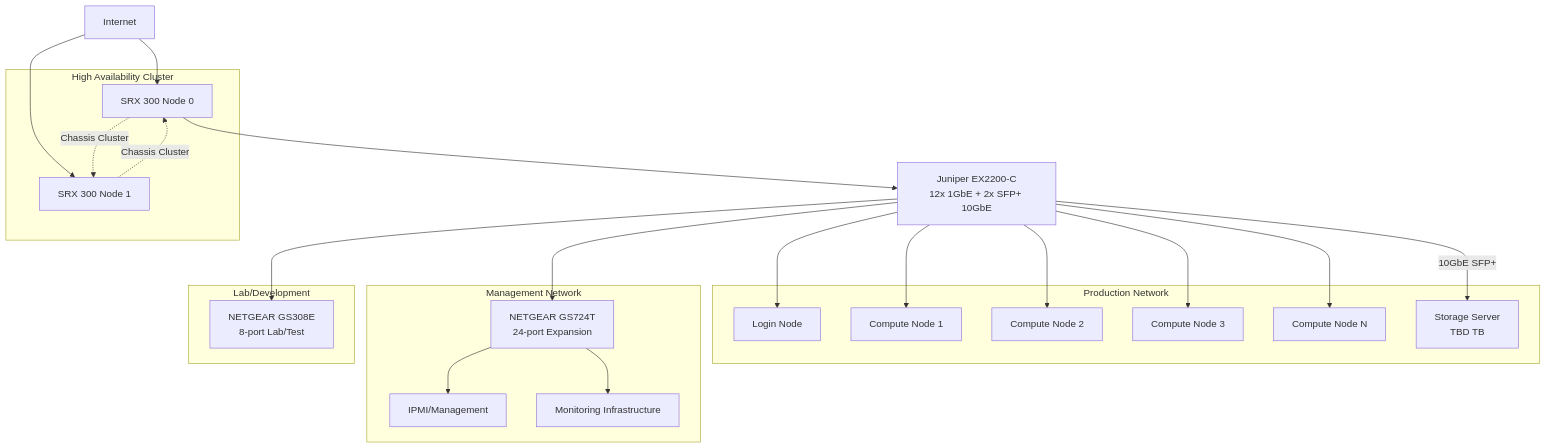
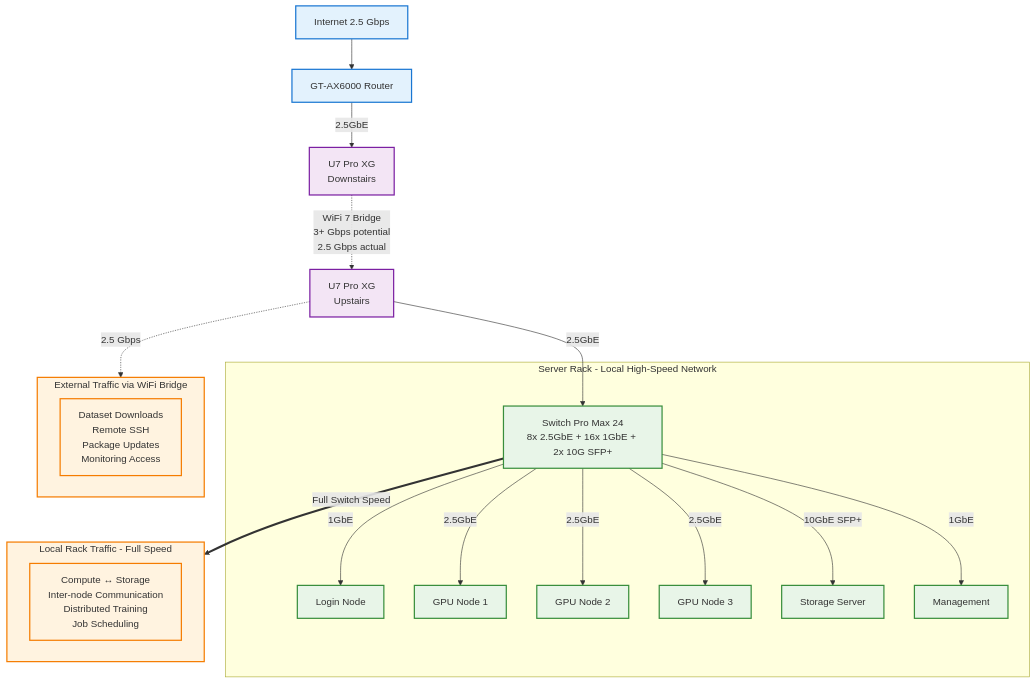
The diagram in README.md (name/takt), drawn with Mermaid before and after one commit. The commit also changed other lines of this file and 2 other files, not shown here.

Commit message:
Add unifi network overhaul

````diff
--- a/README.md
+++ b/README.md
@@ -35,47 +35,42 @@
 ```mermaid
 graph TD
-    Internet[Internet] --> SRX1[SRX 300 Node 0]
-    Internet --> SRX2[SRX 300 Node 1]
+    Internet[Internet 2.5 Gbps] --> Router[GT-AX6000 Router]
     
-    SRX1 -.->|Chassis Cluster| SRX2
-    SRX2 -.->|Chassis Cluster| SRX1
+    Router -->|2.5GbE| U7_Down[U7 Pro XG<br/>Downstairs]
     
-    SRX1 --> EX2200[Juniper EX2200-C<br/>12x 1GbE + 2x SFP+ 10GbE]
+    U7_Down -.->|WiFi 7 Bridge<br/>3+ Gbps potential<br/>2.5 Gbps actual| U7_Up[U7 Pro XG<br/>Upstairs]
     
-    EX2200 --> Login[Login Node]
-    EX2200 --> Compute1[Compute Node 1]
-    EX2200 --> Compute2[Compute Node 2]
-    EX2200 --> Compute3[Compute Node 3]
-    EX2200 --> ComputeN[Compute Node N]
-    EX2200 --> GS724T[NETGEAR GS724T<br/>24-port Expansion]
-    EX2200 --> GS308E[NETGEAR GS308E<br/>8-port Lab/Test]
+    U7_Up -->|2.5GbE| SwitchMax[Switch Pro Max 24<br/>8x 2.5GbE + 16x 1GbE + 2x 10G SFP+]
     
-    EX2200 -->|10GbE SFP+| Storage[Storage Server<br/>TBD TB]
-    
-    GS724T --> IPMI1[IPMI/Management]
-    GS724T --> Monitor[Monitoring Infrastructure]
-    
-    subgraph "Production Network"
-        Login
-        Compute1
-        Compute2
-        Compute3
-        ComputeN
-        Storage
+    subgraph Rack ["Server Rack - Local High-Speed Network"]
+        SwitchMax -->|1GbE| Login[Login Node]
+        SwitchMax -->|2.5GbE| Compute1[GPU Node 1]
+        SwitchMax -->|2.5GbE| Compute2[GPU Node 2]
+        SwitchMax -->|2.5GbE| Compute3[GPU Node 3]
+        SwitchMax -->|10GbE SFP+| Storage[Storage Server]
+        SwitchMax -->|1GbE| Management[Management]
     end
     
-    subgraph "Management Network"
-        IPMI1
-        Monitor
-        GS724T
+    subgraph External ["External Traffic via WiFi Bridge"]
+        ExtTraffic[Dataset Downloads<br/>Remote SSH<br/>Package Updates<br/>Monitoring Access]
     end
     
-    subgraph "Lab/Development"
-        GS308E
+    subgraph Local ["Local Rack Traffic - Full Speed"]
+        LocalTraffic[Compute ↔ Storage<br/>Inter-node Communication<br/>Distributed Training<br/>Job Scheduling]
     end
     
-    subgraph "High Availability Cluster"
-        SRX1
-        SRX2
-    end
+    %% Traffic flow indicators
+    U7_Up -.->|2.5 Gbps| External
+    SwitchMax ==>|Full Switch Speed| Local
+    
+    %% Styling
+    classDef internet fill:#e3f2fd,stroke:#1976d2,stroke-width:2px
+    classDef wifi fill:#f3e5f5,stroke:#7b1fa2,stroke-width:2px
+    classDef rack fill:#e8f5e8,stroke:#388e3c,stroke-width:2px
+    classDef traffic fill:#fff3e0,stroke:#f57c00,stroke-width:2px
+    
+    class Internet,Router internet
+    class U7_Down,U7_Up wifi
+    class SwitchMax,Login,Compute1,Compute2,Compute3,Storage,Management rack
+    class External,Local,ExtTraffic,LocalTraffic traffic
 ```
````
